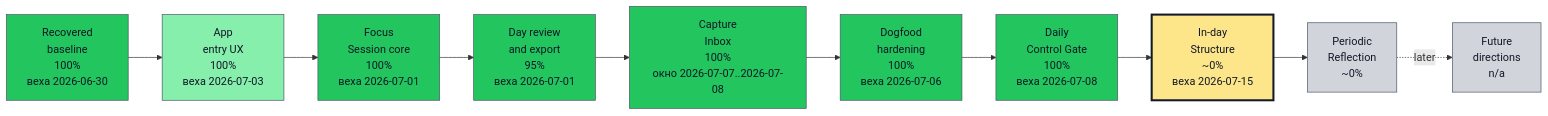
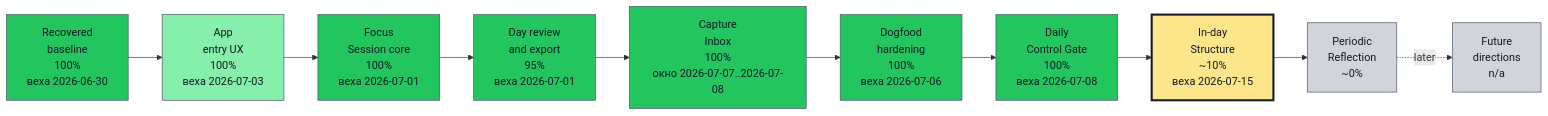
The first of 2 diagrams in docs/roadmap/opskarta.md (asukhodko/timeskein), drawn with Mermaid before and after one commit. The commit also changed other lines of this file and 18 other files, not shown here.

````diff
--- a/docs/roadmap/opskarta.md
+++ b/docs/roadmap/opskarta.md
@@ -56,44 +58,44 @@
 ```mermaid
 flowchart LR
 
     classDef exec_done fill:#22c55e,stroke:#4b5563,color:#111827,stroke-width:1px
     classDef exec_in_progress fill:#0ea5e9,stroke:#4b5563,color:#111827,stroke-width:1px
     classDef exec_blocked fill:#fecaca,stroke:#4b5563,color:#111827,stroke-width:1px
     classDef exec_not_started fill:#9ca3af,stroke:#4b5563,color:#111827,stroke-width:1px
     classDef exec_mgmt_green fill:#86efac,stroke:#4b5563,color:#111827,stroke-width:1px
     classDef exec_mgmt_yellow fill:#fde68a,stroke:#4b5563,color:#111827,stroke-width:1px
     classDef exec_mgmt_red fill:#fca5a5,stroke:#4b5563,color:#111827,stroke-width:1px
     classDef exec_mgmt_neutral fill:#d1d5db,stroke:#4b5563,color:#111827,stroke-width:1px
 
     recovered_baseline["Recovered<br/>baseline<br/>100%<br/>веха 2026-06-30"]
     class recovered_baseline exec_done
     app_entry_ux["App<br/>entry UX<br/>100%<br/>веха 2026-07-03"]
     class app_entry_ux exec_mgmt_green
     focus_session_core["Focus<br/>Session core<br/>100%<br/>веха 2026-07-01"]
     class focus_session_core exec_done
     day_review_export["Day review<br/>and export<br/>95%<br/>веха 2026-07-01"]
     class day_review_export exec_done
     capture_inbox["Capture<br/>Inbox<br/>100%<br/>окно 2026-07-07..2026-07-08"]
     class capture_inbox exec_done
     dogfood_hardening["Dogfood<br/>hardening<br/>100%<br/>веха 2026-07-06"]
     class dogfood_hardening exec_done
     daily_control_gate["Daily<br/>Control Gate<br/>100%<br/>веха 2026-07-08"]
     class daily_control_gate exec_done
-    in_day_structure["In-day<br/>Structure<br/>~0%<br/>веха 2026-07-15"]
+    in_day_structure["In-day<br/>Structure<br/>~10%<br/>веха 2026-07-15"]
     class in_day_structure exec_mgmt_yellow
     style in_day_structure stroke:#111827,stroke-width:3px
     periodic_reflection["Periodic<br/>Reflection<br/>~0%"]
     class periodic_reflection exec_mgmt_neutral
     future_directions["Future<br/>directions<br/>n/a"]
     class future_directions exec_mgmt_neutral
 
     recovered_baseline --> app_entry_ux
     app_entry_ux --> focus_session_core
     focus_session_core --> day_review_export
     day_review_export --> capture_inbox
     capture_inbox --> dogfood_hardening
     dogfood_hardening --> daily_control_gate
     daily_control_gate --> in_day_structure
     in_day_structure --> periodic_reflection
     periodic_reflection -. later .-> future_directions
 ```
````
